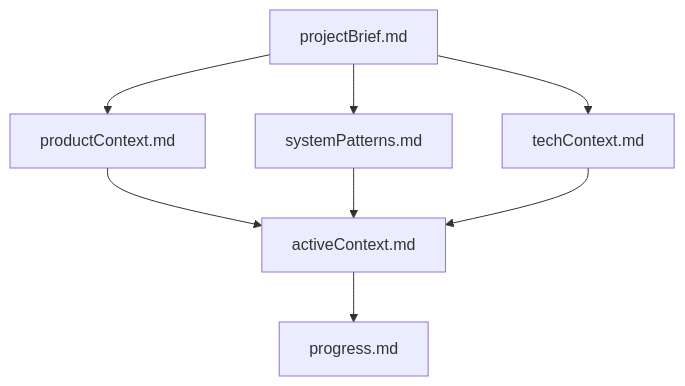
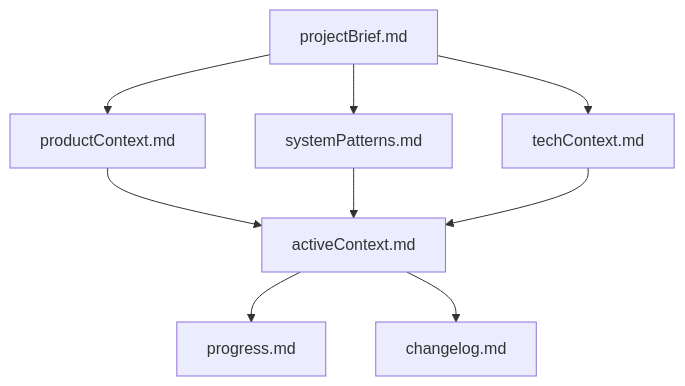
One commit to finleysg/bhmc-admin changed the first of 4 diagrams in .clinerules/memory-bank.md. Above: the diagram before and after it, drawn with Mermaid. The commit also changed other lines of this file and 7 other files, not shown here.

````diff
--- a/.clinerules/memory-bank.md
+++ b/.clinerules/memory-bank.md
@@ -23,12 +18,13 @@
 ```mermaid
 flowchart TD
     PB[projectBrief.md] --> PC[productContext.md]
     PB --> SP[systemPatterns.md]
     PB --> TC[techContext.md]
 
     PC --> AC[activeContext.md]
     SP --> AC
     TC --> AC
 
     AC --> P[progress.md]
+    AC --> CL[changelog.md]
 ```
````
